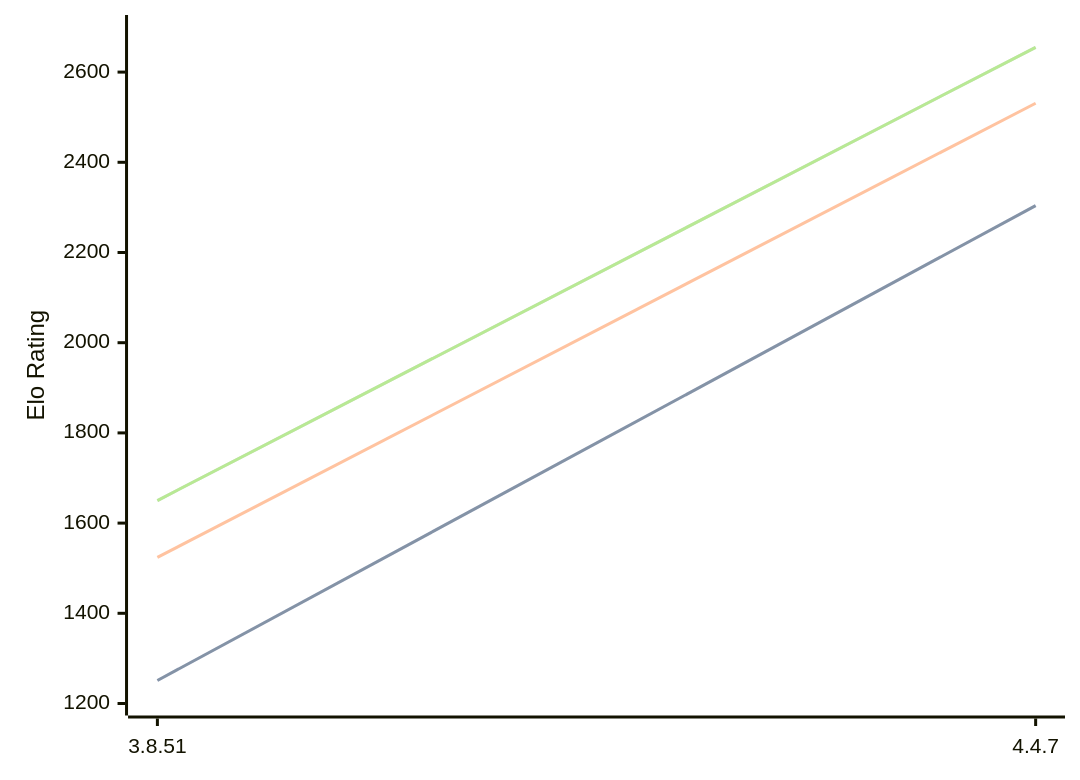
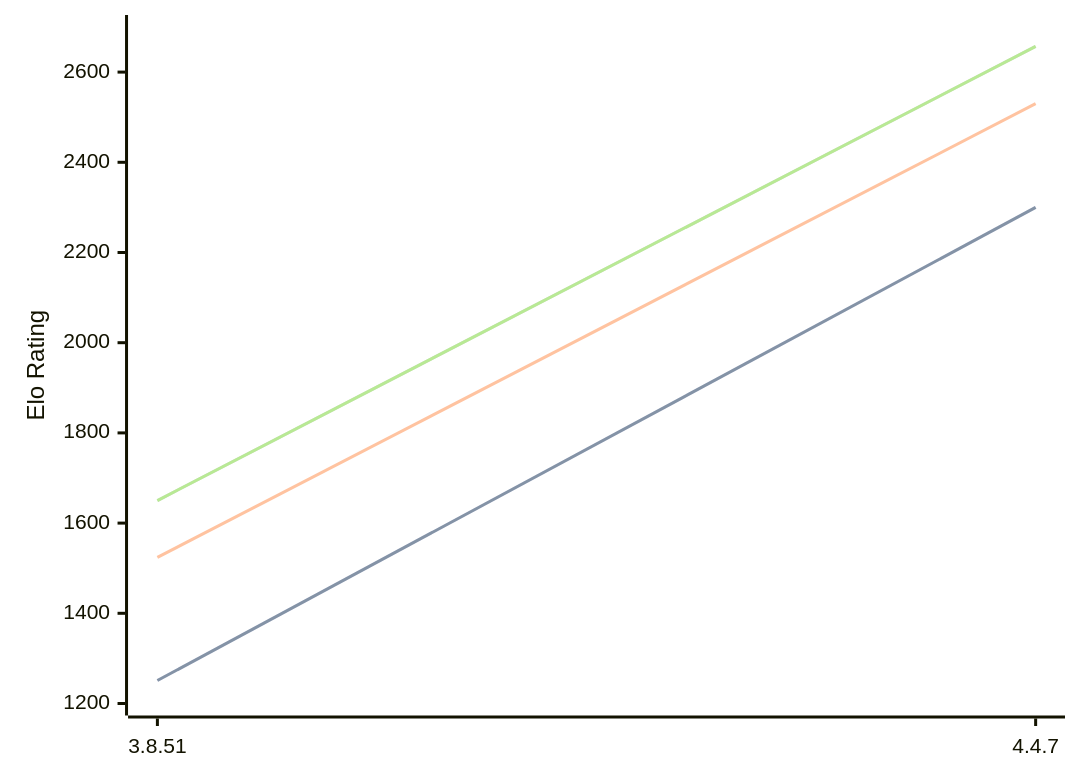
The diagram in engines/Scoria.md (computer-chess-index/cci), drawn with Mermaid before and after one commit. The commit also changed other lines of this file, not shown here.

Commit message:
Update CCI Ratings (ELO VLTC) - 2026-09-13

````diff
--- a/engines/Scoria.md
+++ b/engines/Scoria.md
@@ -32,11 +32,11 @@
 ```mermaid
 %%{init: {"theme":"base","themeVariables":{"seriesColors:['#a3a3a3','#222221','#faa371']}}}%%
 xychart-beta
   x-axis ["3.8.51", "4.4.7"]
   y-axis "Elo Rating" 1200 --> 2700
-  line "" [1251, 2304]
-  line "STC (8.0+0.08s)" [1251, 2304]
-  line "LTC (60.0+0.60s)" [1524, 2531]
-  line "" [1650, 2655]
-  line "VLTC (2m24s+1.12s)" [1650, 2655]
+  line "" [1251, 2300]
+  line "STC (8.0+0.08s)" [1251, 2300]
+  line "LTC (60.0+0.60s)" [1524, 2530]
+  line "" [1650, 2657]
+  line "VLTC (2m24s+1.12s)" [1650, 2657]
 ```
````
